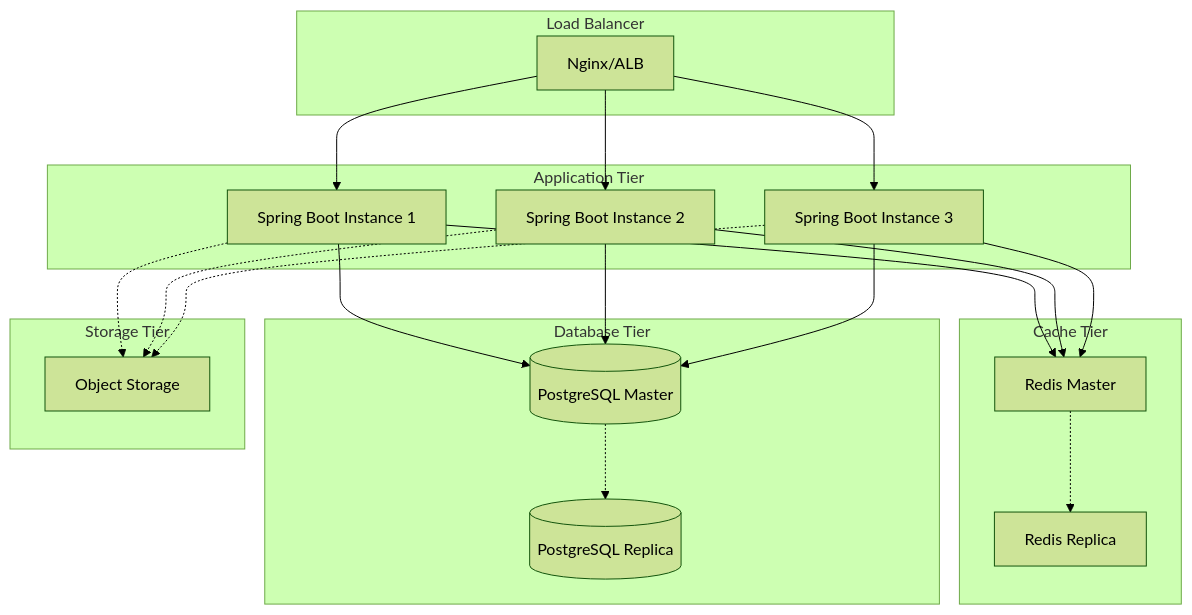
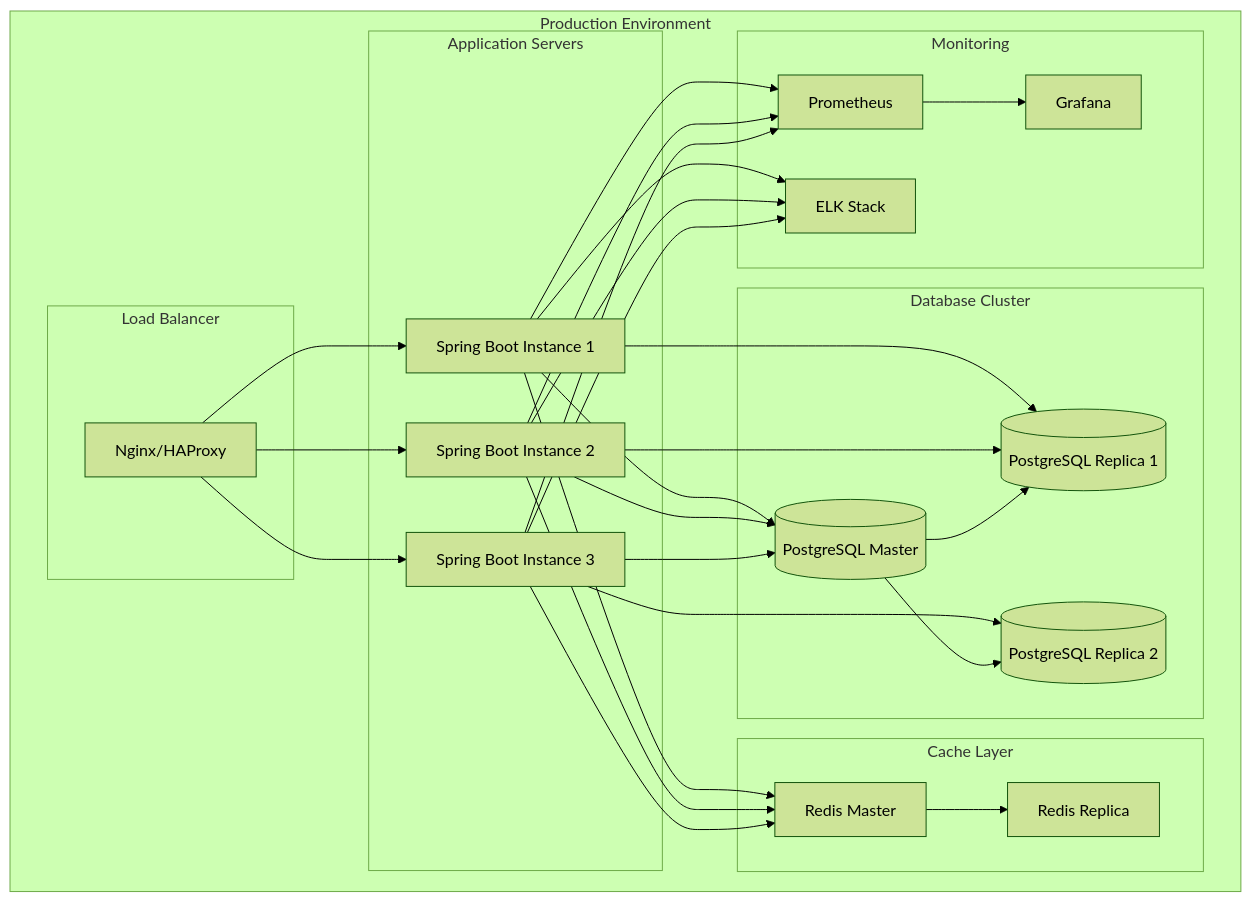
The fourth of 26 diagrams in docs/LLD/modified_lld.md (NavneetBN47/aava-ecom-demo), drawn with Mermaid (forest theme) before and after one commit. The commit also changed other lines of this file, not shown here.

````diff
--- a/docs/LLD/modified_lld.md
+++ b/docs/LLD/modified_lld.md
@@ -188,44 +237,61 @@
 ```mermaid
 graph TB
-    subgraph "Load Balancer"
-        LB[Nginx/ALB]
-    end
-    
-    subgraph "Application Tier"
-        APP1[Spring Boot Instance 1]
-        APP2[Spring Boot Instance 2]
-        APP3[Spring Boot Instance 3]
-    end
-    
-    subgraph "Cache Tier"
-        REDIS1[Redis Master]
-        REDIS2[Redis Replica]
-    end
-    
-    subgraph "Database Tier"
-        DB_MASTER[(PostgreSQL Master)]
-        DB_REPLICA[(PostgreSQL Replica)]
-    end
-    
-    subgraph "Storage Tier"
-        S3[Object Storage]
+    subgraph "Production Environment"
+        subgraph "Load Balancer"
+            LB[Nginx/HAProxy]
+        end
+        
+        subgraph "Application Servers"
+            APP1[Spring Boot Instance 1]
+            APP2[Spring Boot Instance 2]
+            APP3[Spring Boot Instance 3]
+        end
+        
+        subgraph "Database Cluster"
+            DB_MASTER[(PostgreSQL Master)]
+            DB_REPLICA1[(PostgreSQL Replica 1)]
+            DB_REPLICA2[(PostgreSQL Replica 2)]
+        end
+        
+        subgraph "Cache Layer"
+            REDIS1[Redis Master]
+            REDIS2[Redis Replica]
+        end
+        
+        subgraph "Monitoring"
+            PROM[Prometheus]
+            GRAF[Grafana]
+            ELK[ELK Stack]
+        end
     end
     
     LB --> APP1
     LB --> APP2
     LB --> APP3
     
+    APP1 --> DB_MASTER
+    APP2 --> DB_MASTER
+    APP3 --> DB_MASTER
+    
+    APP1 --> DB_REPLICA1
+    APP2 --> DB_REPLICA1
+    APP3 --> DB_REPLICA2
+    
+    DB_MASTER --> DB_REPLICA1
+    DB_MASTER --> DB_REPLICA2
+    
     APP1 --> REDIS1
     APP2 --> REDIS1
     APP3 --> REDIS1
-    REDIS1 -.-> REDIS2
     
-    APP1 --> DB_MASTER
-    APP2 --> DB_MASTER
-    APP3 --> DB_MASTER
-    DB_MASTER -.-> DB_REPLICA
+    REDIS1 --> REDIS2
     
-    APP1 -.-> S3
-    APP2 -.-> S3
-    APP3 -.-> S3
+    APP1 --> PROM
+    APP2 --> PROM
+    APP3 --> PROM
+    PROM --> GRAF
+    
+    APP1 --> ELK
+    APP2 --> ELK
+    APP3 --> ELK
 ```
````
